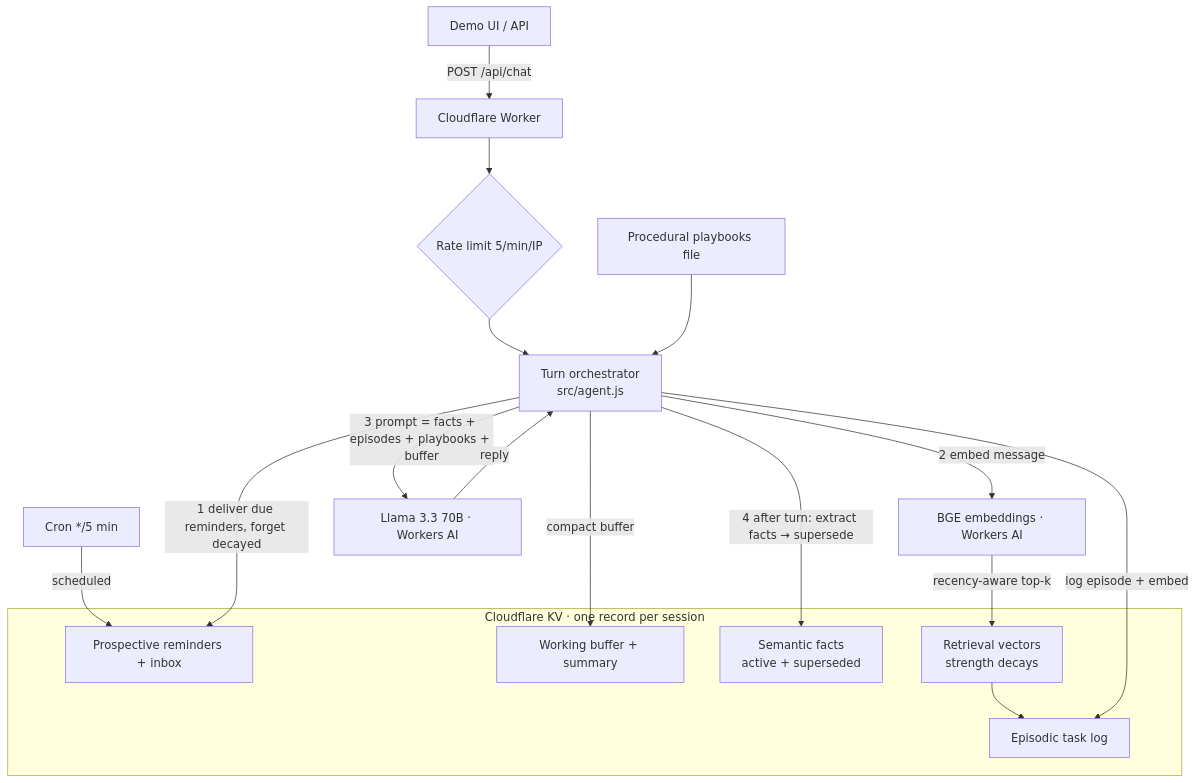
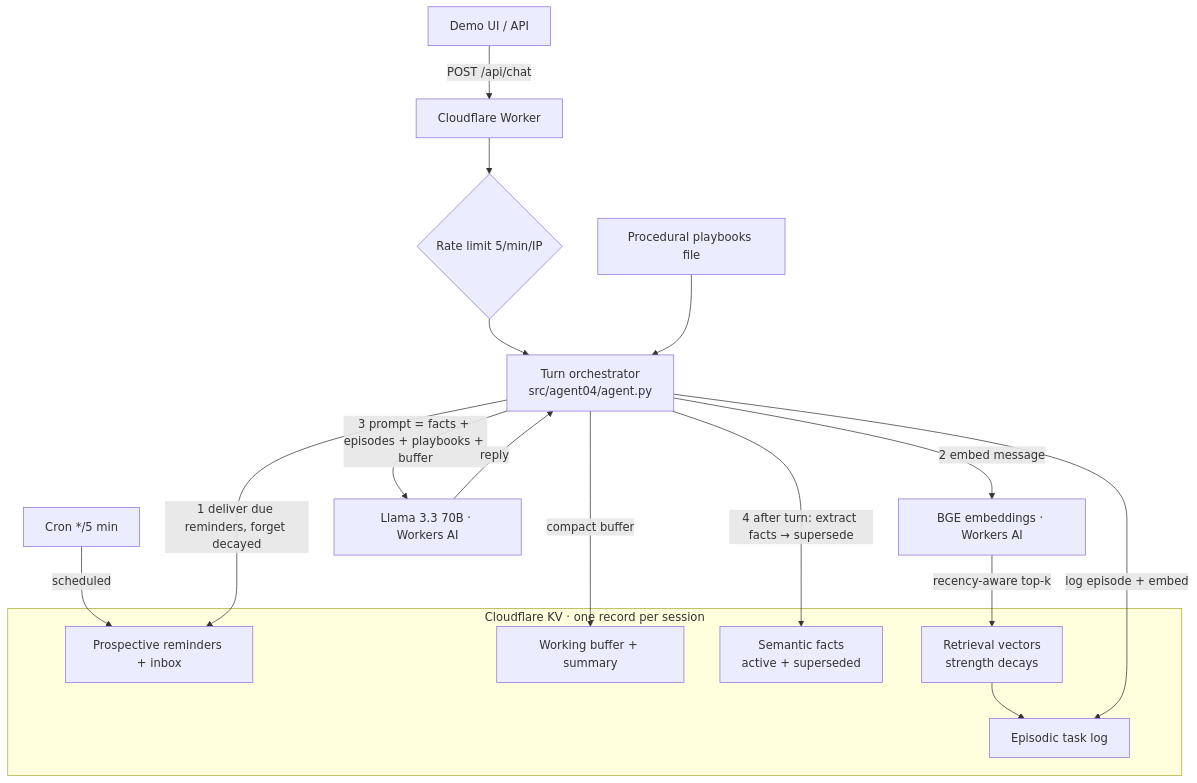
The diagram in README.md (braylo777/agent-04-memory), drawn with Mermaid before and after one commit.

Commit message:
README: fix agent path

````diff
--- a/README.md
+++ b/README.md
@@ -23,24 +23,24 @@
 ```mermaid
 flowchart TB
   U[Demo UI / API] -->|POST /api/chat| W[Cloudflare Worker]
   CRON[Cron */5 min] -->|scheduled| P
   W --> RL{Rate limit 5/min/IP}
-  RL --> T[Turn orchestrator<br/>src/agent.js]
+  RL --> T[Turn orchestrator<br/>src/agent04/agent.py]
   subgraph KV[Cloudflare KV · one record per session]
     WM[Working buffer + summary]
     SM[Semantic facts<br/>active + superseded]
     EM[Episodic task log]
     VM[Retrieval vectors<br/>strength decays]
     P[Prospective reminders + inbox]
   end
   PM[Procedural playbooks file] --> T
   T -->|1 deliver due reminders, forget decayed| P
   T -->|2 embed message| E[BGE embeddings · Workers AI]
   E -->|recency-aware top-k| VM
   VM --> EM
   T -->|3 prompt = facts + episodes + playbooks + buffer| L[Llama 3.3 70B · Workers AI]
   L -->|reply| T
   T -->|4 after turn: extract facts → supersede| SM
   T -->|log episode + embed| EM
   T -->|compact buffer| WM
 ```
````
